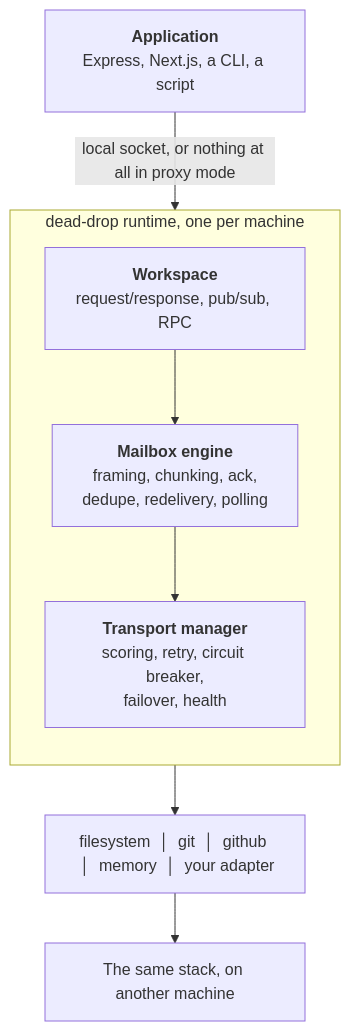
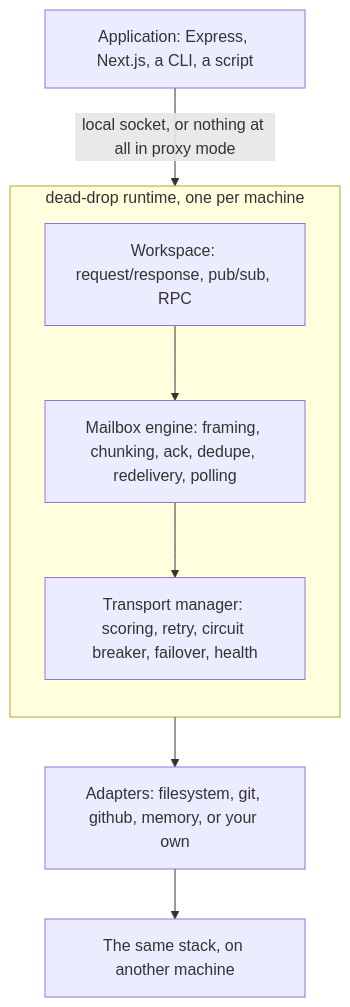
Before and after one commit to fyrlabs/dead-drop: the diagram in docs/architecture.md, drawn with Mermaid. The commit also changed 1 other file, not shown here.

Commit message:
docs: drop html markup from the mermaid diagrams
GitHub renders mermaid with html labels disabled, which strips <br/>, <b> and <i> and concatenates the text: the README diagram showed "Your applocalhost:3000unmodified" as one run-on string.

Both diagrams now use single-line labels and no markup, which renders the same in every mermaid environment rather than depending on which tags a given renderer honours.

````diff
--- a/docs/architecture.md
+++ b/docs/architecture.md
@@ -3,18 +3,18 @@
 ```mermaid
 flowchart TB
-    app["<b>Application</b><br/>Express, Next.js, a CLI, a script"]
+    app["Application: Express, Next.js, a CLI, a script"]
 
     subgraph rt ["dead-drop runtime, one per machine"]
         direction TB
-        ws["<b>Workspace</b><br/>request/response, pub/sub, RPC"]
-        mb["<b>Mailbox engine</b><br/>framing, chunking, ack,<br/>dedupe, redelivery, polling"]
-        tm["<b>Transport manager</b><br/>scoring, retry, circuit breaker,<br/>failover, health"]
+        ws["Workspace: request/response, pub/sub, RPC"]
+        mb["Mailbox engine: framing, chunking, ack, dedupe, redelivery, polling"]
+        tm["Transport manager: scoring, retry, circuit breaker, failover, health"]
         ws --> mb --> tm
     end
 
-    adapters["filesystem &nbsp;│&nbsp; git &nbsp;│&nbsp; github &nbsp;│&nbsp; memory &nbsp;│&nbsp; your adapter"]
+    adapters["Adapters: filesystem, git, github, memory, or your own"]
     peer["The same stack, on another machine"]
 
     app -- "local socket, or nothing at all in proxy mode" --> ws
     tm --> adapters --> peer
 ```
````
